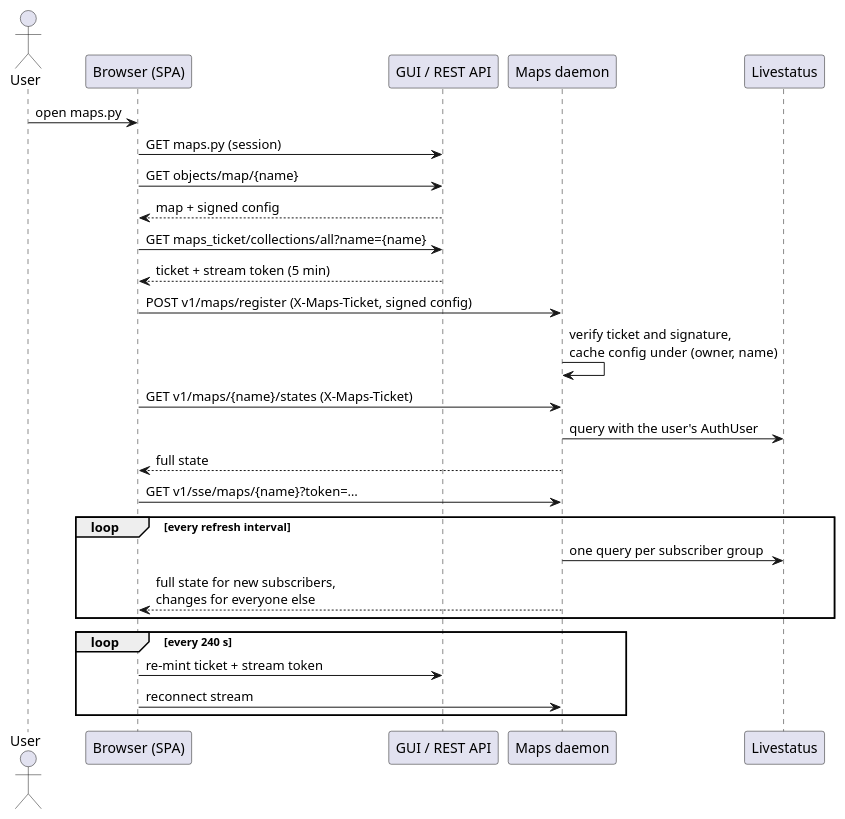
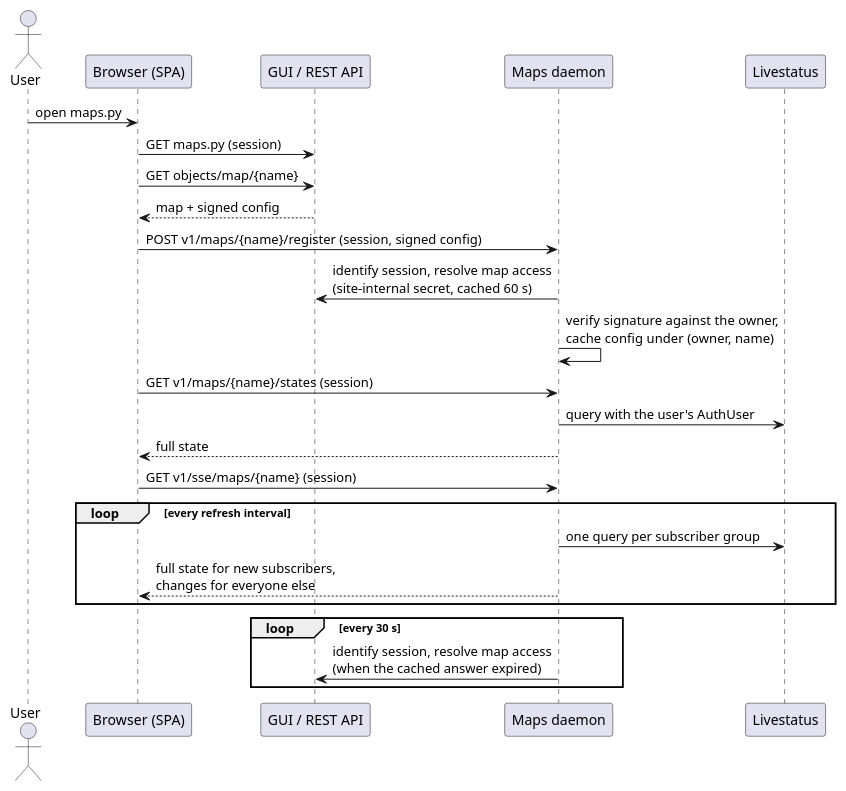
Before and after one commit to Checkmk/checkmk: the second of 2 diagrams in doc/documentation/arch-comp-maps.rst, drawn with PlantUML. The commit also changed other lines of this file and 87 other files, not shown here.

```diff
--- a/doc/documentation/arch-comp-maps.rst
+++ b/doc/documentation/arch-comp-maps.rst
@@ -1040,28 +1014,26 @@
 .. uml::
 
     actor User
     participant "Browser (SPA)" as spa
     participant "GUI / REST API" as gui
     participant "Maps daemon" as daemon
     participant Livestatus as ls
 
     User -> spa : open maps.py
     spa -> gui : GET maps.py (session)
     spa -> gui : GET objects/map/{name}
     gui --> spa : map + signed config
-    spa -> gui : GET maps_ticket/collections/all?name={name}
-    gui --> spa : ticket + stream token (5 min)
-    spa -> daemon : POST v1/maps/register (X-Maps-Ticket, signed config)
-    daemon -> daemon : verify ticket and signature,\ncache config under (owner, name)
-    spa -> daemon : GET v1/maps/{name}/states (X-Maps-Ticket)
+    spa -> daemon : POST v1/maps/{name}/register (session, signed config)
+    daemon -> gui : identify session, resolve map access\n(site-internal secret, cached 60 s)
+    daemon -> daemon : verify signature against the owner,\ncache config under (owner, name)
+    spa -> daemon : GET v1/maps/{name}/states (session)
     daemon -> ls : query with the user's AuthUser
     daemon --> spa : full state
-    spa -> daemon : GET v1/sse/maps/{name}?token=…
+    spa -> daemon : GET v1/sse/maps/{name} (session)
     loop every refresh interval
         daemon -> ls : one query per subscriber group
         daemon --> spa : full state for new subscribers,\nchanges for everyone else
     end
-    loop every 240 s
-        spa -> gui : re-mint ticket + stream token
-        spa -> daemon : reconnect stream
+    loop every 30 s
+        daemon -> gui : identify session, resolve map access\n(when the cached answer expired)
     end
```
